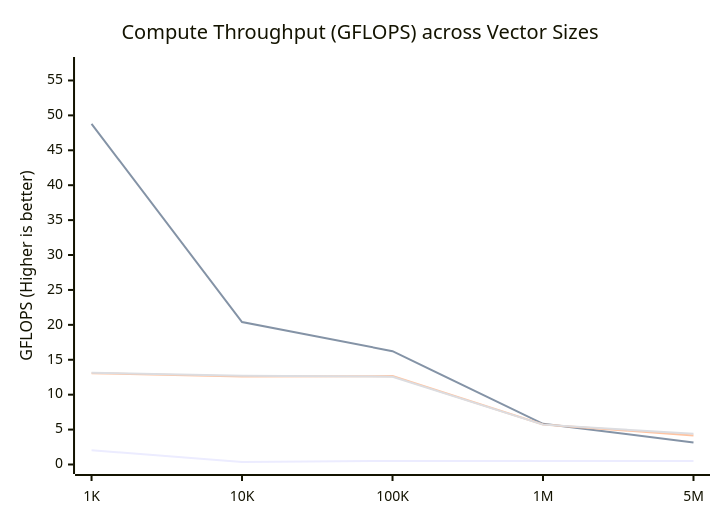
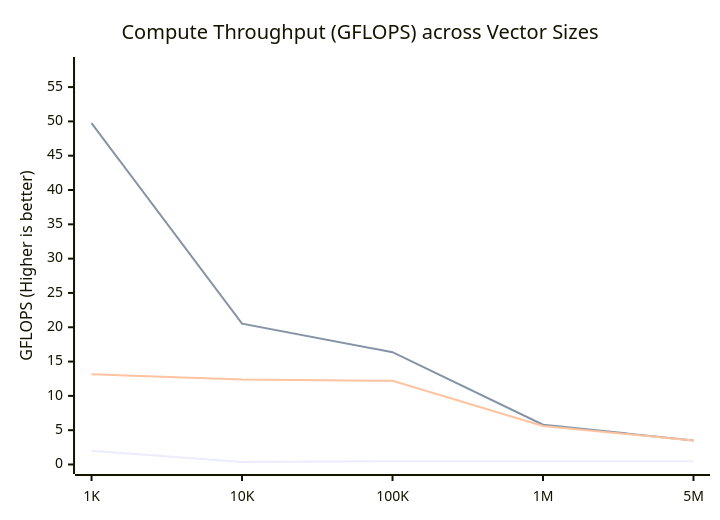
One commit to maithreyanprabhu2907-prog/Vector changed the first of 2 diagrams in docs/benchmarks.md. Above: the diagram before and after it, drawn with Mermaid. The commit also changed other lines of this file and 9 other files, not shown here.

````diff
--- a/docs/benchmarks.md
+++ b/docs/benchmarks.md
@@ -59,10 +58,9 @@
 ```mermaid
 xychart-beta
     title "Compute Throughput (GFLOPS) across Vector Sizes"
     x-axis ["1K", "10K", "100K", "1M", "5M"]
-    y-axis "GFLOPS (Higher is better)" 0 --> 57
-    line [2.05, 0.35, 0.51, 0.50, 0.50]
-    line [48.79, 20.41, 16.23, 5.82, 3.16]
-    line [13.07, 12.61, 12.66, 5.74, 4.16]
-    line [13.14, 12.70, 12.57, 5.71, 4.40]
+    y-axis "GFLOPS (Higher is better)" 0 --> 58
+    line [2.00, 0.35, 0.48, 0.48, 0.48]
+    line [49.74, 20.52, 16.37, 5.79, 3.51]
+    line [13.15, 12.40, 12.19, 5.60, 3.51]
 ```
````
